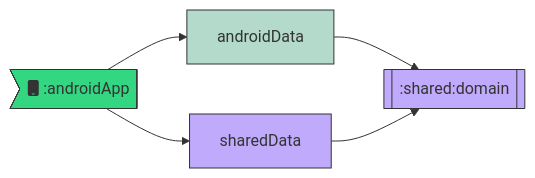
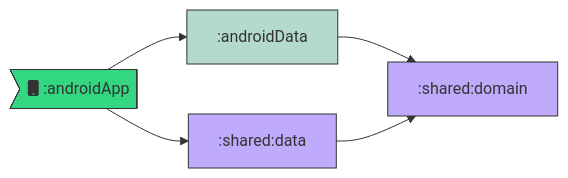
Before and after one commit to BapNesS/goat-multiplatform: the diagram in README.md, drawn with Mermaid. The commit also changed other lines of this file and 36 other files, not shown here.

````diff
--- a/README.md
+++ b/README.md
@@ -13,12 +31,12 @@
 ```mermaid
 flowchart LR
-    androidApp>fa:fa-mobile :androidApp] --> androidData
-    androidApp --> sharedData
-    androidData --> domain
-    sharedData --> domain[[:shared:domain]]
-    
+    androidApp>fa:fa-mobile :androidApp] --> androidData[:androidData]
+    androidApp --> sharedData[:shared:data]
+    androidData --> domain[:shared:domain]
+    sharedData --> domain
+
     style androidApp fill:#33d781,stroke:#333,stroke-width:1px
     style androidData fill:#b3daca,stroke:#333,stroke-width:1px
     style sharedData fill:#bfaafb,stroke:#333,stroke-width:1px
     style domain fill:#bfaafb,stroke:#333,stroke-width:1px
 ```
````
